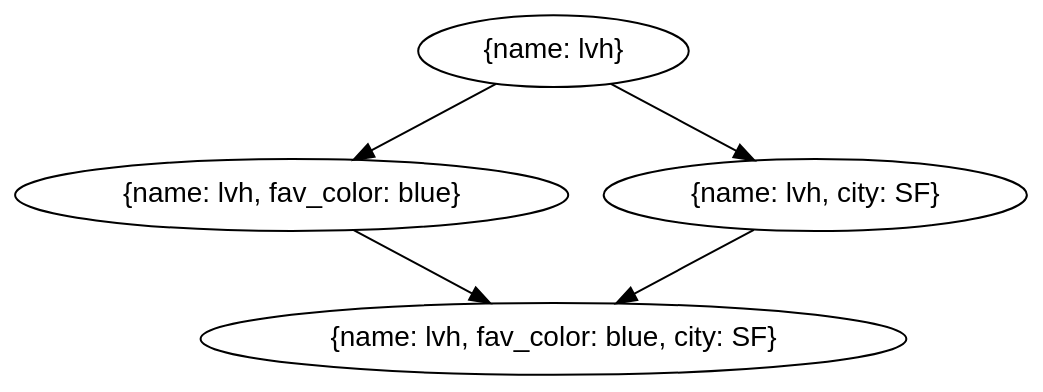
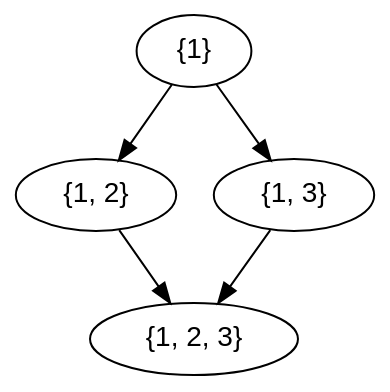
Before and after one commit to lvh/DistributedSystems101: the diagram in media/CvRDTMerge.dot, drawn with Graphviz. The commit also changed 1 other file, not shown here.

```diff
--- a/media/CvRDTMerge.dot
+++ b/media/CvRDTMerge.dot
@@ -1,15 +1,15 @@
 digraph CvRDTMerge {
         bgcolor="transparent";
         node [fontname="Helvetica"];
 
-        O [label="{name: lvh}"];
-        W1 [label="{name: lvh, fav_color: blue}"];        
-        W2 [label="{name: lvh, city: SF}"];
-        M [label="{name: lvh, fav_color: blue, city: SF}"]        
+        O [label="{1}"];
+        W1 [label="{1, 2}"];
+        W2 [label="{1, 3}"];
+        M [label="{1, 2, 3}"]
 
         O -> W1;
         O -> W2;
 
         W1 -> M;
-        W2 -> M;        
+        W2 -> M;
 }
```
